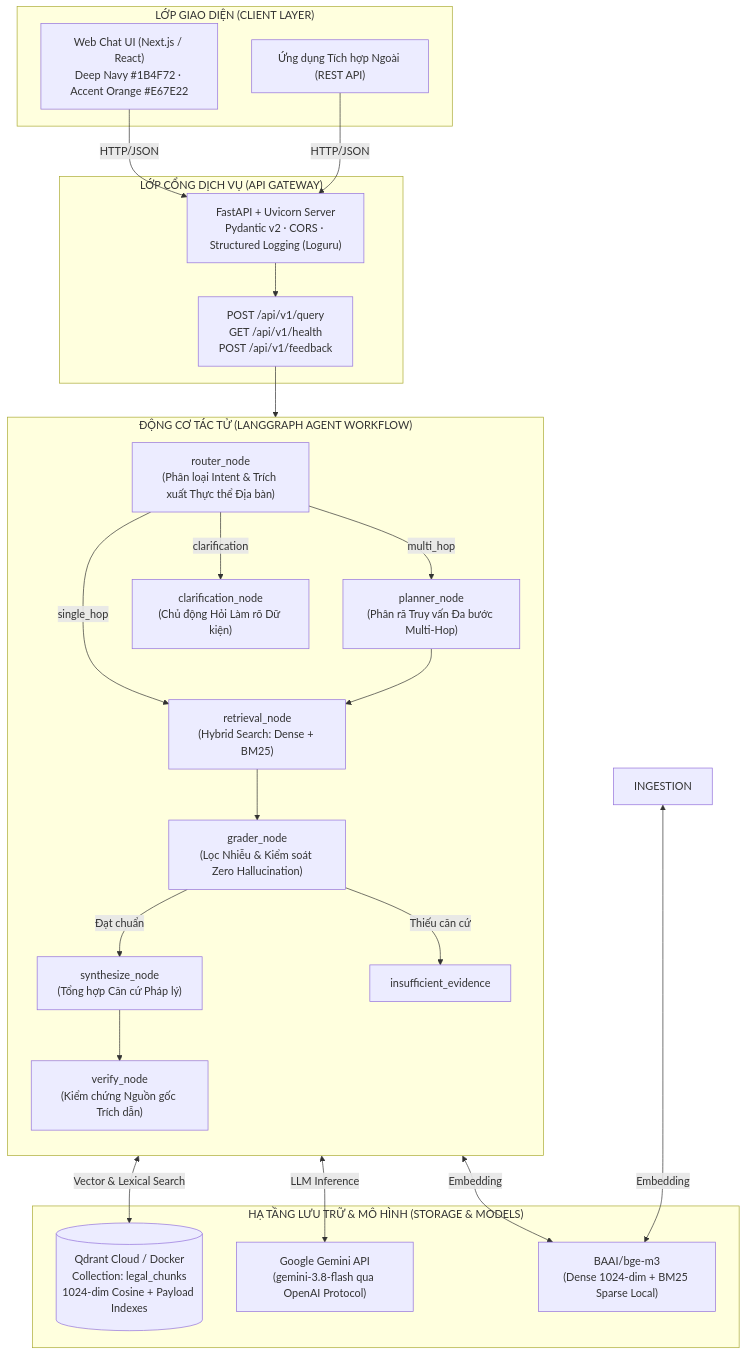
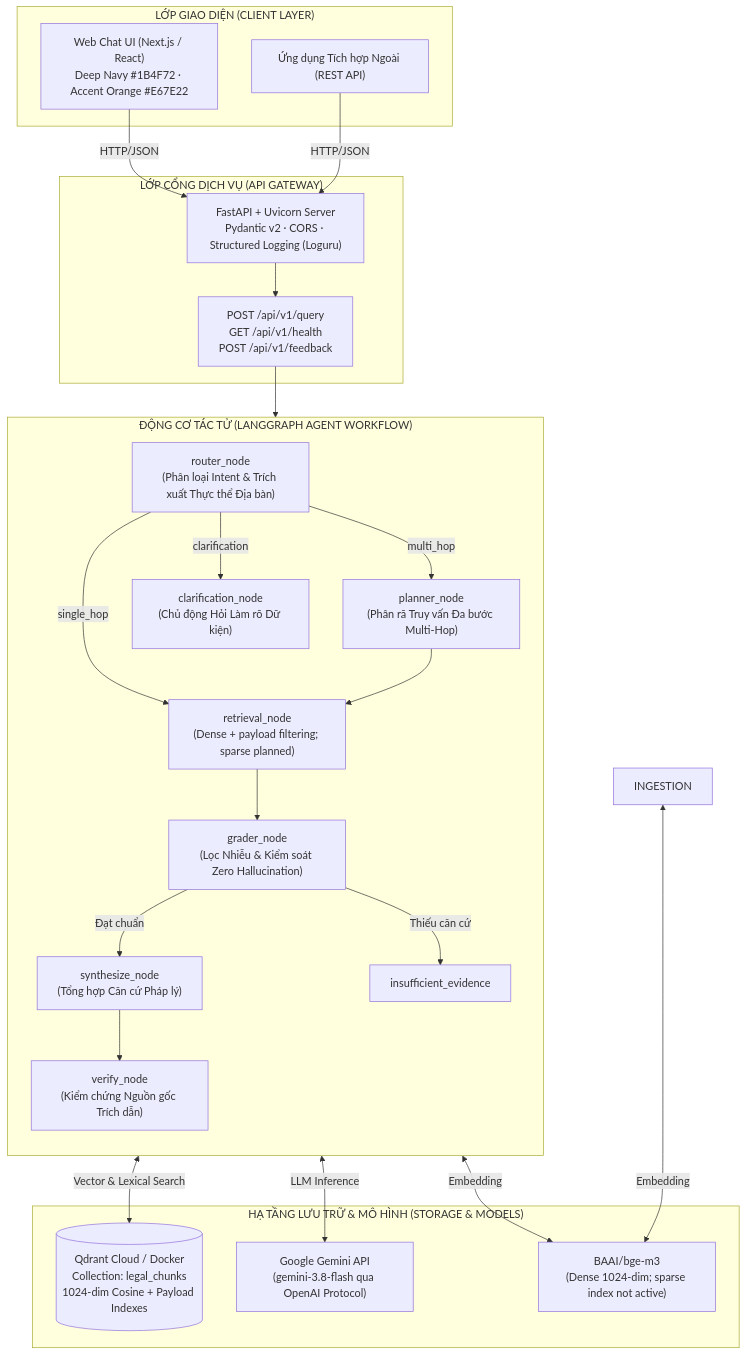
One commit to dovh25/agentic-rag-legal-qa-hanoi changed the first of 3 diagrams in docs/architecture/README.md. Above: the diagram before and after it, drawn with Mermaid. The commit also changed other lines of this file and 15 other files, not shown here.

````diff
--- a/docs/architecture/README.md
+++ b/docs/architecture/README.md
@@ -15,44 +15,44 @@
 ```mermaid
 graph TB
     subgraph CLIENT["LỚP GIAO DIỆN (CLIENT LAYER)"]
         UI["Web Chat UI (Next.js / React)\nDeep Navy #1B4F72 · Accent Orange #E67E22"]
         EXT_APP["Ứng dụng Tích hợp Ngoài (REST API)"]
     end
 
     subgraph GATEWAY["LỚP CỔNG DỊCH VỤ (API GATEWAY)"]
         FA["FastAPI + Uvicorn Server\nPydantic v2 · CORS · Structured Logging (Loguru)"]
         ENDPOINTS["POST /api/v1/query\nGET /api/v1/health\nPOST /api/v1/feedback"]
     end
 
     subgraph AGENT_ENGINE["ĐỘNG CƠ TÁC TỬ (LANGGRAPH AGENT WORKFLOW)"]
         direction TB
         ROUTER["router_node\n(Phân loại Intent & Trích xuất Thực thể Địa bàn)"]
         PLANNER["planner_node\n(Phân rã Truy vấn Đa bước Multi-Hop)"]
-        RETRIEVER["retrieval_node\n(Hybrid Search: Dense + BM25)"]
+        RETRIEVER["retrieval_node\n(Dense + payload filtering; sparse planned)"]
         GRADER["grader_node\n(Lọc Nhiễu & Kiểm soát Zero Hallucination)"]
         SYNTHESIZER["synthesize_node\n(Tổng hợp Căn cứ Pháp lý)"]
         VERIFIER["verify_node\n(Kiểm chứng Nguồn gốc Trích dẫn)"]
         CLARIFIER["clarification_node\n(Chủ động Hỏi Làm rõ Dữ kiện)"]
 
         ROUTER -->|single_hop| RETRIEVER
         ROUTER -->|multi_hop| PLANNER
         ROUTER -->|clarification| CLARIFIER
         PLANNER --> RETRIEVER
         RETRIEVER --> GRADER
         GRADER -->|Đạt chuẩn| SYNTHESIZER
         GRADER -->|Thiếu căn cứ| REFUSE["insufficient_evidence"]
         SYNTHESIZER --> VERIFIER
     end
 
     subgraph INFRASTRUCTURE["HẠ TẦNG LƯU TRỮ & MÔ HÌNH (STORAGE & MODELS)"]
         QDRANT[("Qdrant Cloud / Docker\nCollection: legal_chunks\n1024-dim Cosine + Payload Indexes")]
         GEMINI["Google Gemini API\n(gemini-3.8-flash qua OpenAI Protocol)"]
-        BGEM3["BAAI/bge-m3\n(Dense 1024-dim + BM25 Sparse Local)"]
+        BGEM3["BAAI/bge-m3\n(Dense 1024-dim; sparse index not active)"]
     end
 
     UI & EXT_APP -->|HTTP/JSON| FA
     FA --> ENDPOINTS --> AGENT_ENGINE
     RETRIEVER <-->|Vector & Lexical Search| QDRANT
     SYNTHESIZER <-->|LLM Inference| GEMINI
     RETRIEVER & INGESTION <-->|Embedding| BGEM3
 ```
````
